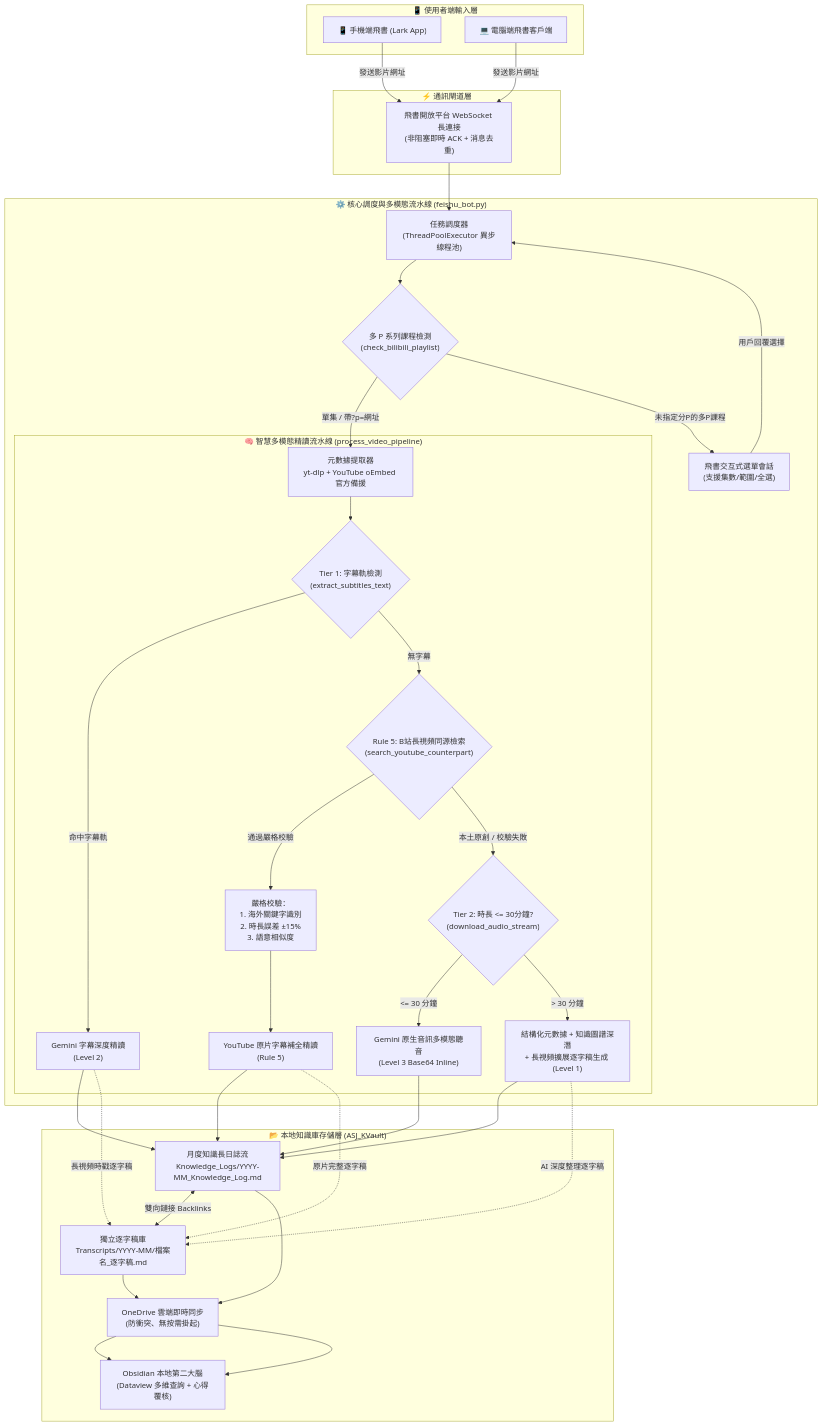
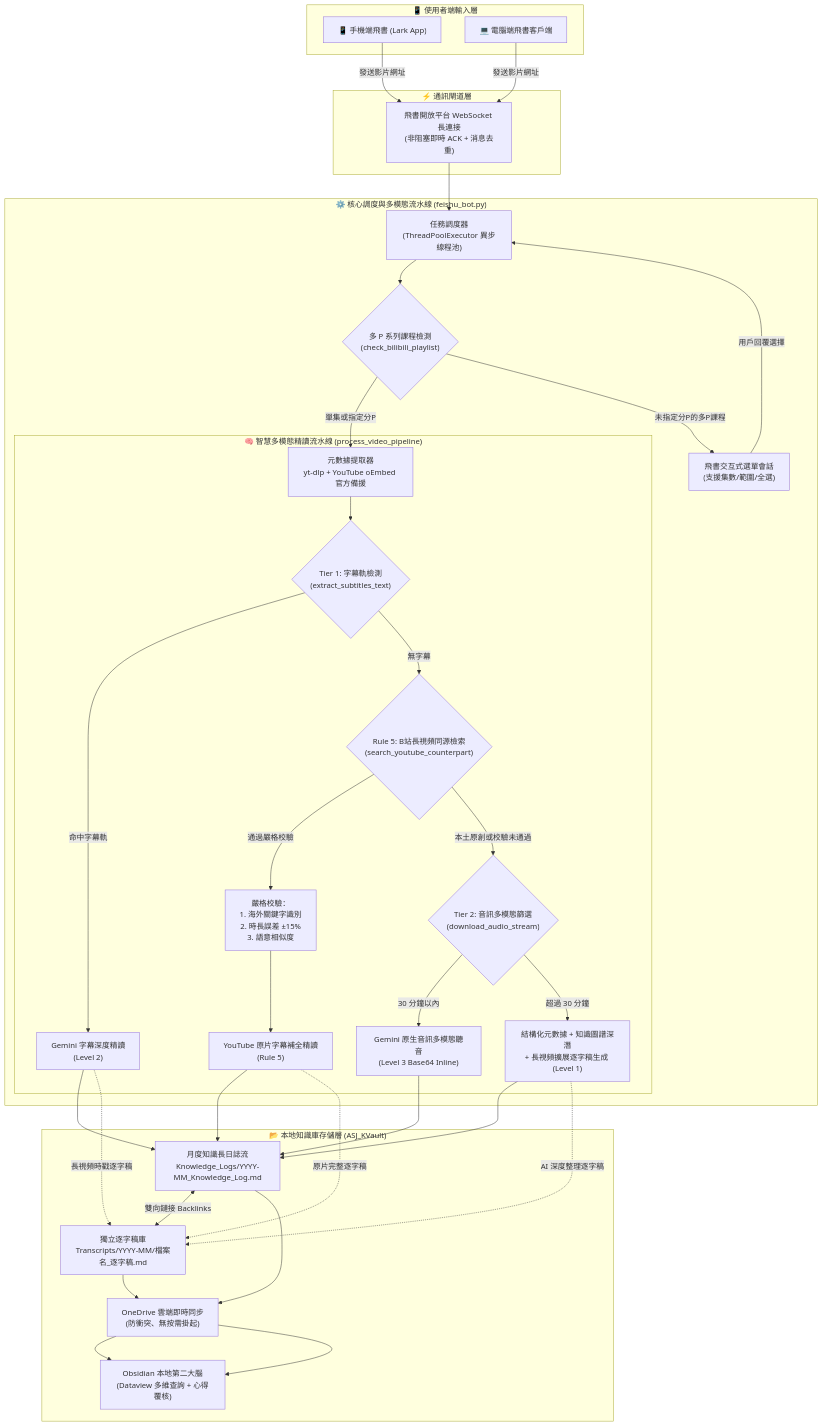
Before and after one commit to asj252/Feishu-Obsidian-Pipeline: the first of 3 diagrams in README.md, drawn with Mermaid. The commit also changed other lines of this file, not shown here.

Commit message:
fix(docs): resolve GitHub Mermaid diagram syntax errors and quote special characters

````diff
--- a/README.md
+++ b/README.md
@@ -31,69 +31,70 @@
 ```mermaid
 flowchart TD
     subgraph ClientLayer ["📱 使用者端輸入層"]
         UserMobile["📱 手機端飛書 (Lark App)"]
         UserPC["💻 電腦端飛書客戶端"]
     end
 
     subgraph GatewayLayer ["⚡ 通訊閘道層"]
         FeishuWS["飛書開放平台 WebSocket 長連接<br/>(非阻塞即時 ACK + 消息去重)"]
     end
 
     subgraph CoreEngine ["⚙️ 核心調度與多模態流水線 (feishu_bot.py)"]
         Dispatcher["任務調度器<br/>(ThreadPoolExecutor 異步線程池)"]
         PlaylistRouter{"多 P 系列課程檢測<br/>(check_bilibili_playlist)"}
         InteractiveMenu["飛書交互式選單會話<br/>(支援集數/範圍/全選)"]
         
         subgraph Pipeline ["🧠 智慧多模態精讀流水線 (process_video_pipeline)"]
             MetaExtractor["元數據提取器<br/>yt-dlp + YouTube oEmbed 官方備援"]
             
             Tier1{"Tier 1: 字幕軌檢測<br/>(extract_subtitles_text)"}
             Tier1Gemini["Gemini 字幕深度精讀<br/>(Level 2)"]
             
             Rule5{"Rule 5: B站長視頻同源檢索<br/>(search_youtube_counterpart)"}
             Rule5Check["嚴格校驗：<br/>1. 海外關鍵字識別<br/>2. 時長誤差 ±15%<br/>3. 語意相似度"]
             Rule5Gemini["YouTube 原片字幕補全精讀<br/>(Rule 5)"]
             
-            Tier2{"Tier 2: 時長 <= 30分鐘?<br/>(download_audio_stream)"}
+            Tier2{"Tier 2: 音訊多模態篩選<br/>(download_audio_stream)"}
             Tier2Gemini["Gemini 原生音訊多模態聽音<br/>(Level 3 Base64 Inline)"]
             
             Tier3Gemini["結構化元數據 + 知識圖譜深潛<br/>+ 長視頻擴展逐字稿生成 (Level 1)"]
         end
     end
 
     subgraph StorageLayer ["📂 本地知識庫存儲層 (ASJ_KVault)"]
         MonthlyLog["月度知識長日誌流<br/>Knowledge_Logs/YYYY-MM_Knowledge_Log.md"]
         TranscriptLib["獨立逐字稿庫<br/>Transcripts/YYYY-MM/檔案名_逐字稿.md"]
         OneDrive["OneDrive 雲端即時同步<br/>(防衝突、無按需掛起)"]
         Obsidian["Obsidian 本地第二大腦<br/>(Dataview 多維查詢 + 心得覆核)"]
     end
 
     UserMobile -->|發送影片網址| FeishuWS
     UserPC -->|發送影片網址| FeishuWS
     FeishuWS --> Dispatcher
     Dispatcher --> PlaylistRouter
-    PlaylistRouter -->|單集 / 帶?p=網址| MetaExtractor
+    PlaylistRouter -->|單集或指定分P| MetaExtractor
     PlaylistRouter -->|未指定分P的多P課程| InteractiveMenu
     InteractiveMenu -->|用戶回覆選擇| Dispatcher
 
     MetaExtractor --> Tier1
     Tier1 -->|命中字幕軌| Tier1Gemini
     Tier1 -->|無字幕| Rule5
-    Rule5 -->|通過嚴格校驗| Rule5Check --> Rule5Gemini
-    Rule5 -->|本土原創 / 校驗失敗| Tier2
-    Tier2 -->|<= 30 分鐘| Tier2Gemini
-    Tier2 -->|> 30 分鐘| Tier3Gemini
+    Rule5 -->|通過嚴格校驗| Rule5Check
+    Rule5Check --> Rule5Gemini
+    Rule5 -->|本土原創或校驗未通過| Tier2
+    Tier2 -->|30 分鐘以內| Tier2Gemini
+    Tier2 -->|超過 30 分鐘| Tier3Gemini
 
     Tier1Gemini --> MonthlyLog
     Rule5Gemini --> MonthlyLog
     Tier2Gemini --> MonthlyLog
     Tier3Gemini --> MonthlyLog
 
     Tier1Gemini -.->|長視頻時戳逐字稿| TranscriptLib
     Rule5Gemini -.->|原片完整逐字稿| TranscriptLib
     Tier3Gemini -.->|AI 深度整理逐字稿| TranscriptLib
 
     MonthlyLog <-->|雙向鏈接 Backlinks| TranscriptLib
     MonthlyLog --> OneDrive --> Obsidian
     TranscriptLib --> OneDrive --> Obsidian
 ```
````
